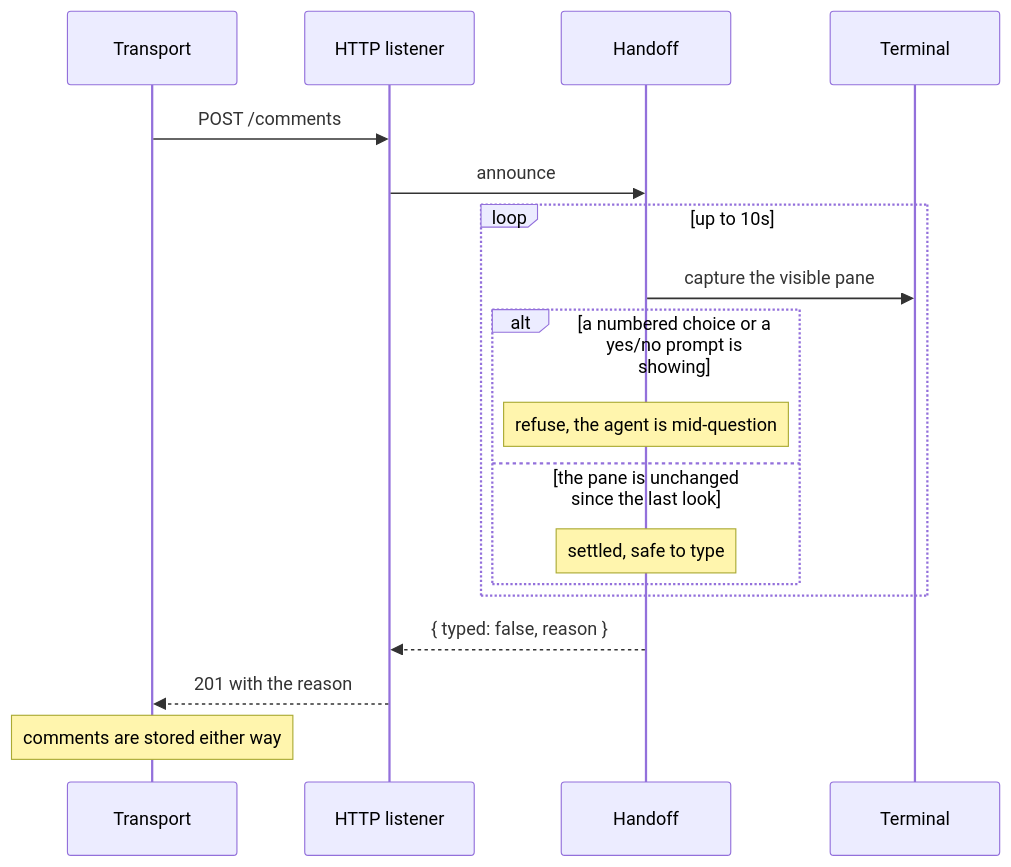
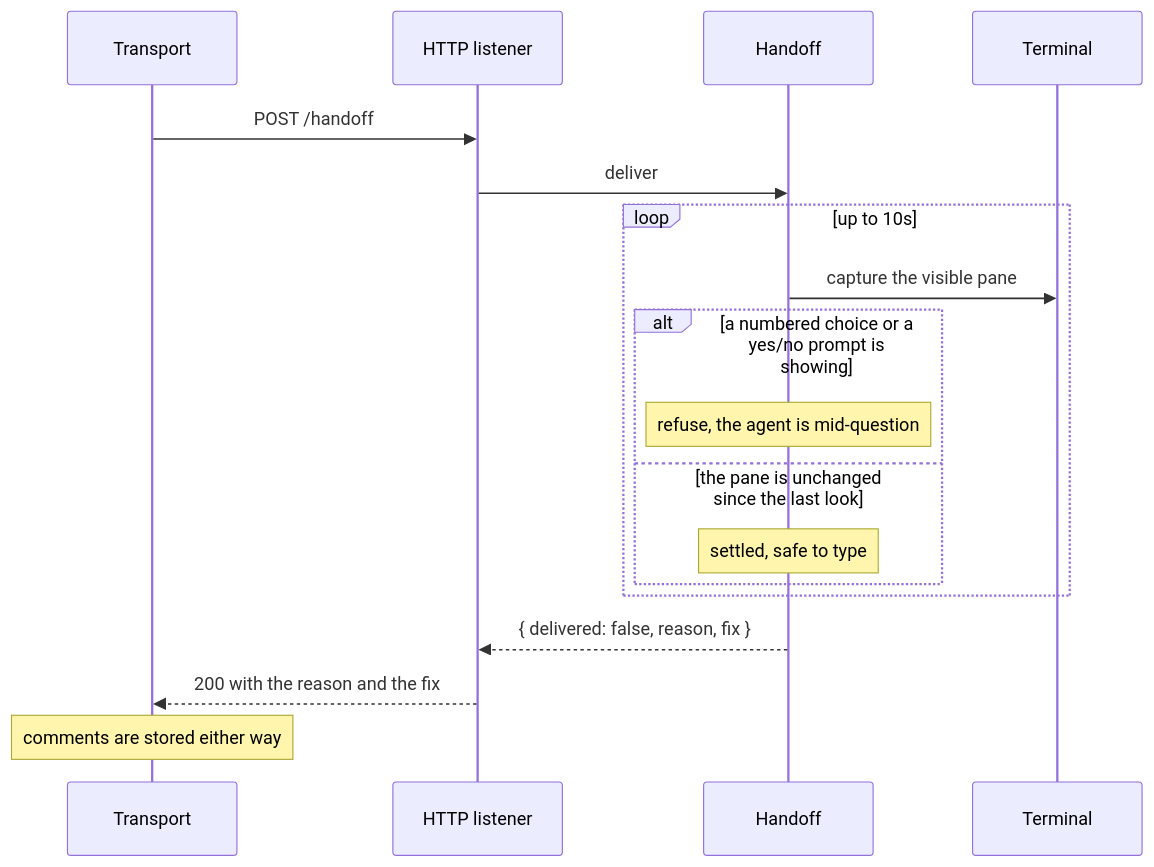
The third of 3 diagrams in docs/flows.md (pallandir/northstar), drawn with Mermaid before and after one commit. The commit also changed other lines of this file and 42 other files, not shown here.

````diff
--- a/docs/flows.md
+++ b/docs/flows.md
@@ -80,21 +81,21 @@
 ```mermaid
 sequenceDiagram
     participant X as Transport
     participant H as HTTP listener
     participant K as Handoff
     participant P as Terminal
 
-    X->>H: POST /comments
-    H->>K: announce
+    X->>H: POST /handoff
+    H->>K: deliver
     loop up to 10s
         K->>P: capture the visible pane
         alt a numbered choice or a yes/no prompt is showing
             Note over K: refuse, the agent is mid-question
         else the pane is unchanged since the last look
             Note over K: settled, safe to type
         end
     end
-    K-->>H: { typed: false, reason }
-    H-->>X: 201 with the reason
+    K-->>H: { delivered: false, reason, fix }
+    H-->>X: 200 with the reason and the fix
     Note over X: comments are stored either way
 ```
````
